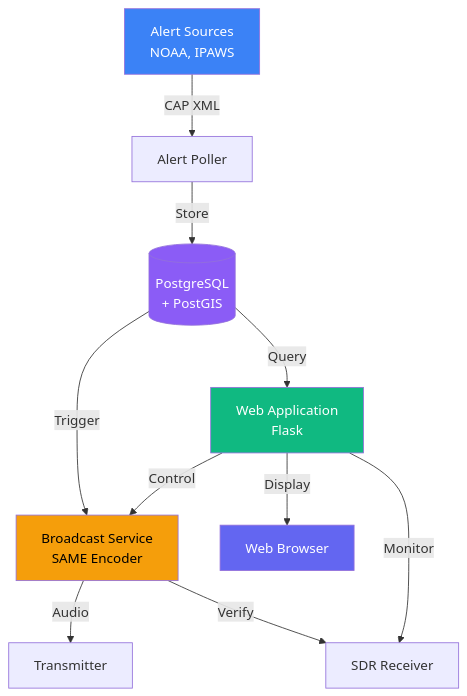
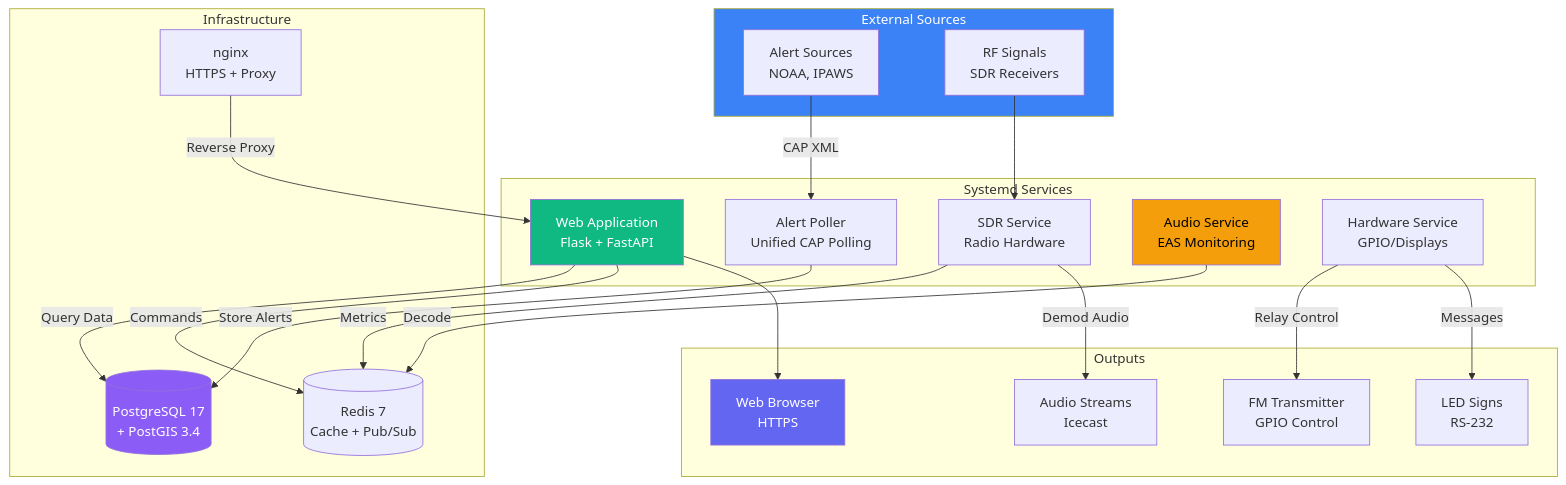
Before and after one commit to chelstein/eas-station: the third of 3 diagrams in README.md, drawn with Mermaid. The commit also changed other lines of this file and 2 other files, not shown here.

Commit message:
Update README diagrams and add comprehensive technology stack

````diff
--- a/README.md
+++ b/README.md
@@ -263,18 +301,49 @@
 ```mermaid
 graph TB
-    A[Alert Sources<br/>NOAA, IPAWS] -->|CAP XML| B[Alert Poller]
-    B -->|Store| C[(PostgreSQL<br/>+ PostGIS)]
-    C -->|Query| D[Web Application<br/>Flask]
-    C -->|Trigger| E[Broadcast Service<br/>SAME Encoder]
-    E -->|Audio| F[Transmitter]
-    E -->|Verify| G[SDR Receiver]
-    D -->|Control| E
-    D -->|Monitor| G
-    D -->|Display| H[Web Browser]
+    subgraph External["External Sources"]
+        SRC[Alert Sources<br/>NOAA, IPAWS]
+        RF[RF Signals<br/>SDR Receivers]
+    end
 
-    style A fill:#3b82f6,color:#fff
-    style C fill:#8b5cf6,color:#fff
-    style D fill:#10b981,color:#fff
-    style E fill:#f59e0b,color:#000
-    style H fill:#6366f1,color:#fff
+    subgraph Services["Systemd Services"]
+        POLL[Alert Poller<br/>Unified CAP Polling]
+        WEB[Web Application<br/>Flask + FastAPI]
+        SDR_SVC[SDR Service<br/>Radio Hardware]
+        AUDIO_SVC[Audio Service<br/>EAS Monitoring]
+        HW_SVC[Hardware Service<br/>GPIO/Displays]
+    end
+
+    subgraph Infrastructure["Infrastructure"]
+        DB[(PostgreSQL 17<br/>+ PostGIS 3.4)]
+        REDIS[(Redis 7<br/>Cache + Pub/Sub)]
+        NGINX[nginx<br/>HTTPS + Proxy]
+    end
+
+    subgraph Output["Outputs"]
+        TX[FM Transmitter<br/>GPIO Control]
+        UI[Web Browser<br/>HTTPS]
+        LED[LED Signs<br/>RS-232]
+        STREAM[Audio Streams<br/>Icecast]
+    end
+
+    SRC -->|CAP XML| POLL
+    RF --> SDR_SVC
+    
+    POLL -->|Store Alerts| DB
+    WEB -->|Query Data| DB
+    WEB -->|Commands| REDIS
+    SDR_SVC -->|Metrics| REDIS
+    AUDIO_SVC -->|Decode| REDIS
+    
+    NGINX -->|Reverse Proxy| WEB
+    WEB --> UI
+    HW_SVC -->|Relay Control| TX
+    HW_SVC -->|Messages| LED
+    SDR_SVC -->|Demod Audio| STREAM
+    
+    style External fill:#3b82f6,color:#fff
+    style DB fill:#8b5cf6,color:#fff
+    style WEB fill:#10b981,color:#fff
+    style AUDIO_SVC fill:#f59e0b,color:#000
+    style UI fill:#6366f1,color:#fff
 ```
````
